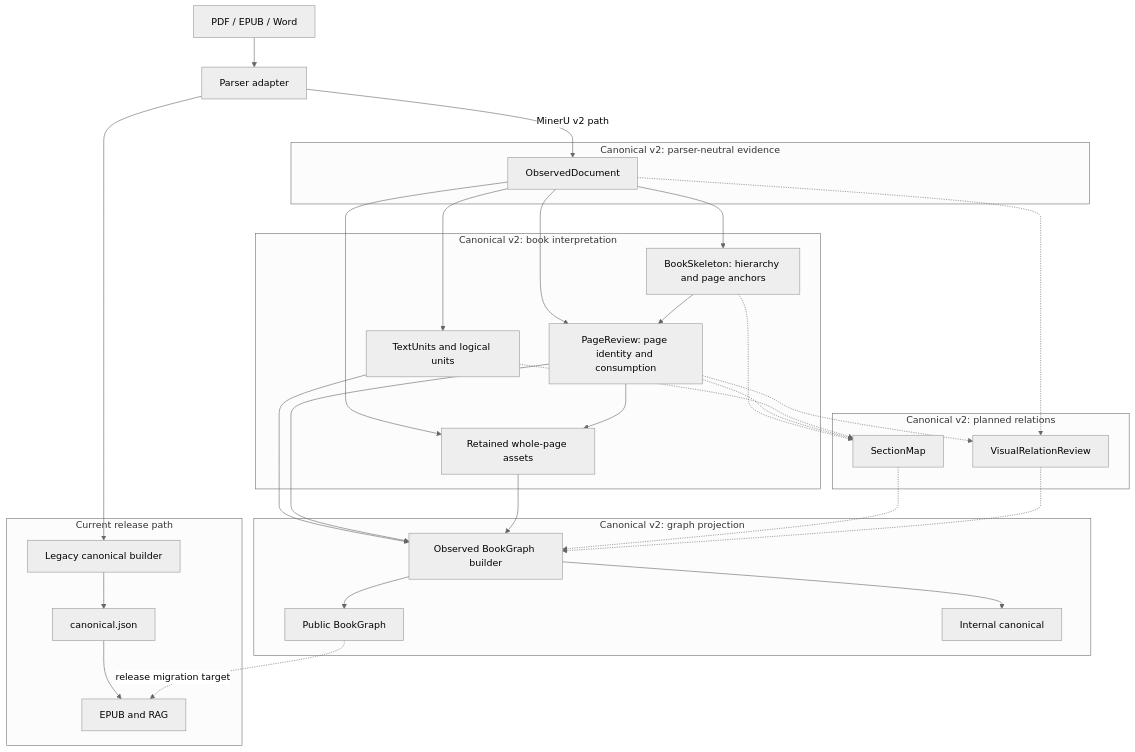
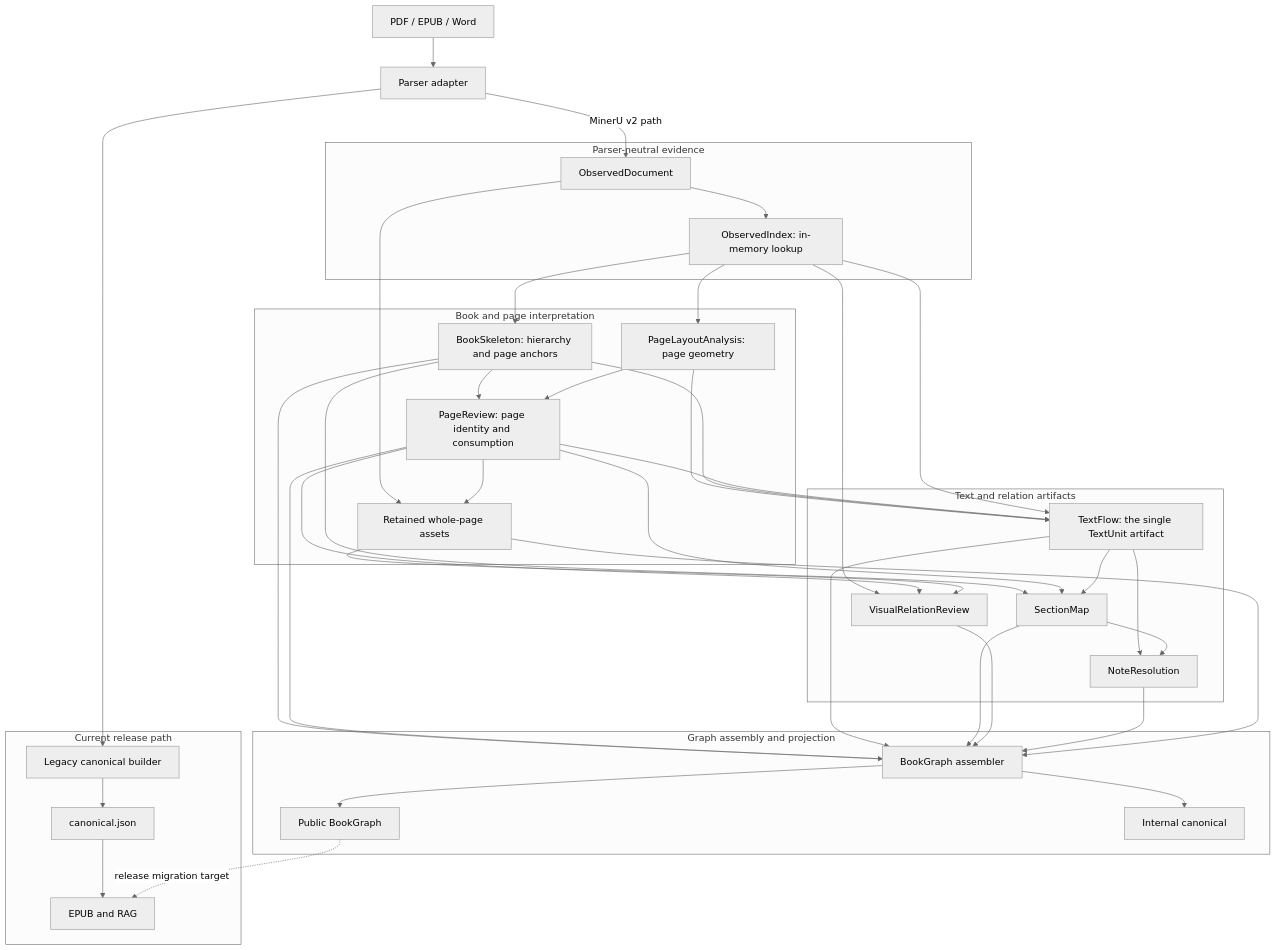
One commit to jenslewie/inkline changed the first of 2 diagrams in docs/architecture.md. Above: the diagram before and after it, drawn with Mermaid (neutral theme). The commit also changed other lines of this file and 5 other files, not shown here.

Commit message:
docs: define canonical artifact DAG

````diff
--- a/docs/architecture.md
+++ b/docs/architecture.md
@@ -12,52 +16,65 @@
 ```mermaid
-flowchart TB
+flowchart TD
     source["PDF / EPUB / Word"] --> adapter["Parser adapter"]
 
     subgraph release_v1["Current release path"]
         legacy_builder["Legacy canonical builder"] --> canonical_v1["canonical.json"]
         canonical_v1 --> release_products["EPUB and RAG"]
     end
     adapter --> legacy_builder
 
-    subgraph evidence["Canonical v2: parser-neutral evidence"]
+    subgraph evidence["Parser-neutral evidence"]
         observed["ObservedDocument"]
+        observed_index["ObservedIndex: in-memory lookup"]
     end
     adapter -->|"MinerU v2 path"| observed
+    observed --> observed_index
 
-    subgraph interpretation["Canonical v2: book interpretation"]
+    subgraph interpretation["Book and page interpretation"]
         skeleton["BookSkeleton: hierarchy and page anchors"]
+        page_layout["PageLayoutAnalysis: page geometry"]
         page_review["PageReview: page identity and consumption"]
-        text_flow["TextUnits and logical units"]
         page_assets["Retained whole-page assets"]
     end
-    observed --> skeleton
-    observed --> page_review
+    observed_index --> skeleton
+    observed_index --> page_layout
     skeleton --> page_review
-    observed --> text_flow
+    page_layout --> page_review
     observed --> page_assets
     page_review --> page_assets
 
-    subgraph planned_relations["Canonical v2: planned relations"]
+    subgraph text_structure["Text and relation artifacts"]
+        text_flow["TextFlow: the single TextUnit artifact"]
         section_map["SectionMap"]
         visual_review["VisualRelationReview"]
+        note_resolution["NoteResolution"]
     end
-    skeleton -.-> section_map
-    page_review -.-> section_map
-    text_flow -.-> section_map
-    observed -.-> visual_review
-    page_review -.-> visual_review
+    observed_index --> text_flow
+    page_layout --> text_flow
+    skeleton --> text_flow
+    page_review --> text_flow
+    skeleton --> section_map
+    page_review --> section_map
+    text_flow --> section_map
+    observed_index --> visual_review
+    page_review --> visual_review
+    page_assets --> visual_review
+    text_flow --> note_resolution
+    section_map --> note_resolution
 
-    subgraph graph_projection["Canonical v2: graph projection"]
-        current_builder["Observed BookGraph builder"]
+    subgraph graph_projection["Graph assembly and projection"]
+        graph_assembler["BookGraph assembler"]
         public_graph["Public BookGraph"]
         internal_canonical["Internal canonical"]
-        current_builder --> public_graph
-        current_builder --> internal_canonical
+        graph_assembler --> public_graph
+        graph_assembler --> internal_canonical
     end
-    text_flow --> current_builder
-    page_review --> current_builder
-    page_assets --> current_builder
-    section_map -.-> current_builder
-    visual_review -.-> current_builder
+    skeleton --> graph_assembler
+    page_review --> graph_assembler
+    text_flow --> graph_assembler
+    section_map --> graph_assembler
+    visual_review --> graph_assembler
+    note_resolution --> graph_assembler
+    page_assets --> graph_assembler
     public_graph -.->|"release migration target"| release_products
 ```
````
